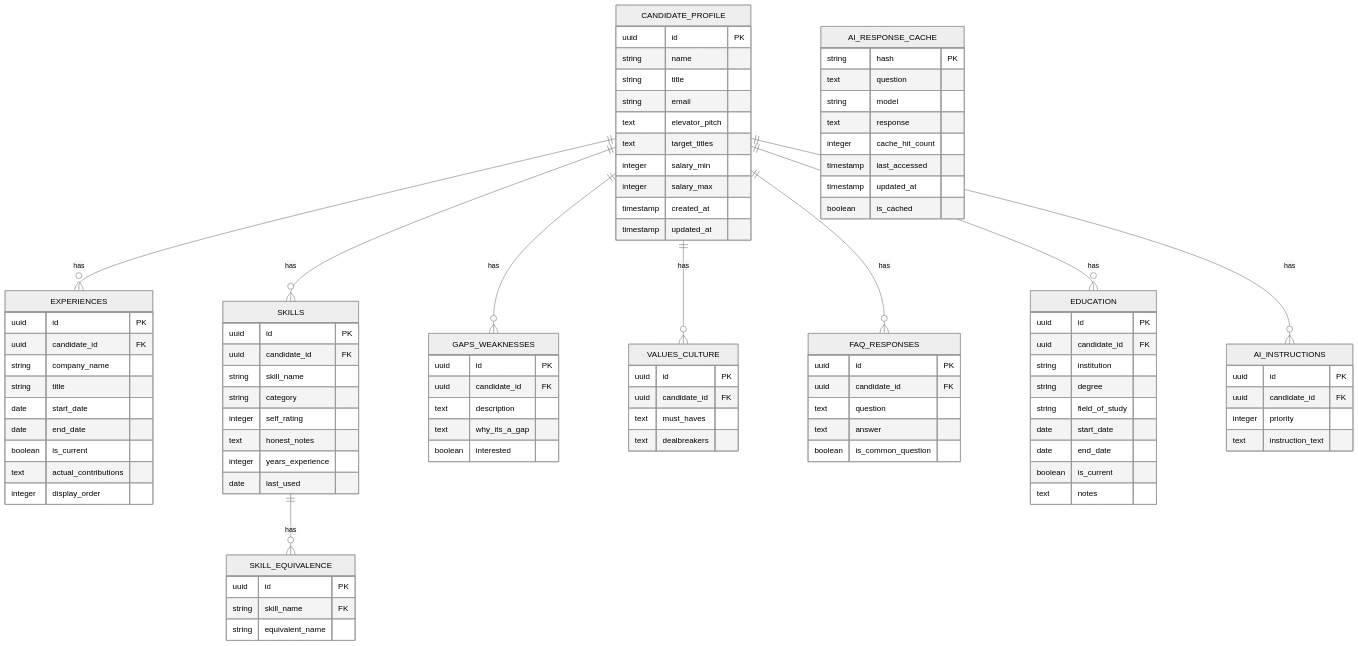
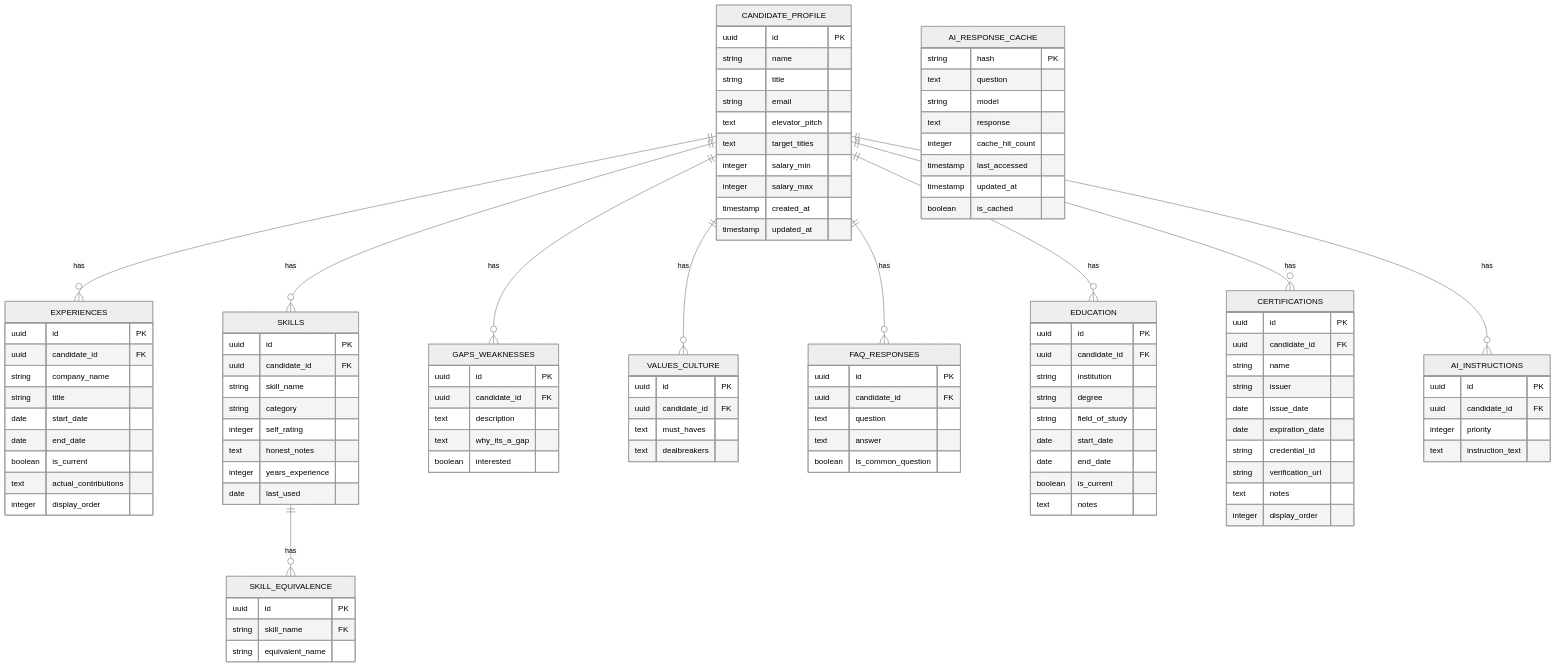
Before and after one commit to devgoon/me: the fifth of 5 diagrams in docs/DESIGN.md, drawn with Mermaid (neutral theme). The commit also changed other lines of this file and 3 other files, not shown here.

````diff
--- a/docs/DESIGN.md
+++ b/docs/DESIGN.md
@@ -255,6 +220,19 @@
     text notes
   }
 
+  CERTIFICATIONS {
+    uuid id PK
+    uuid candidate_id FK
+    string name
+    string issuer
+    date issue_date
+    date expiration_date
+    string credential_id
+    string verification_url
+    text notes
+    integer display_order
+  }
+
   AI_INSTRUCTIONS {
     uuid id PK
     uuid candidate_id FK
@@ -281,6 +259,7 @@
   CANDIDATE_PROFILE ||--o{ FAQ_RESPONSES : has
   CANDIDATE_PROFILE ||--o{ EDUCATION : has
   CANDIDATE_PROFILE ||--o{ AI_INSTRUCTIONS : has
+  CANDIDATE_PROFILE ||--o{ CERTIFICATIONS : has
 
   %% AI_RESPONSE_CACHE is keyed by hash (model+question) and is not directly tied to a candidate
 ```
````
